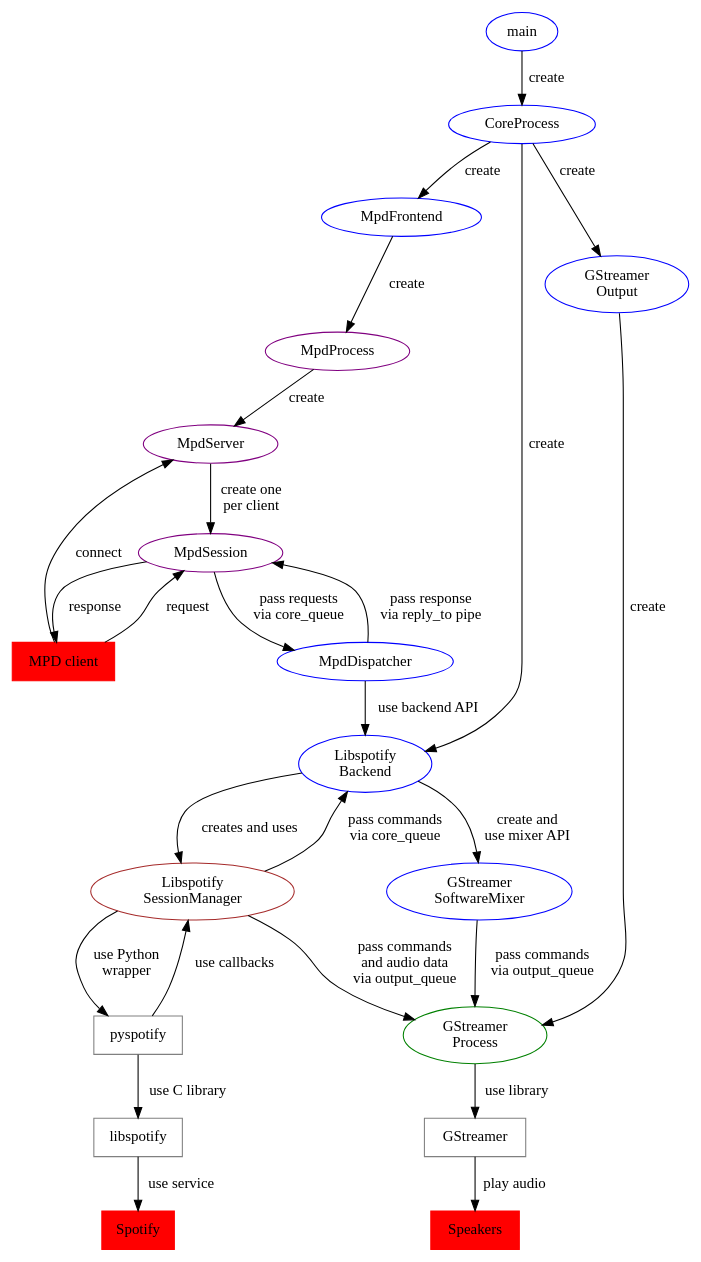
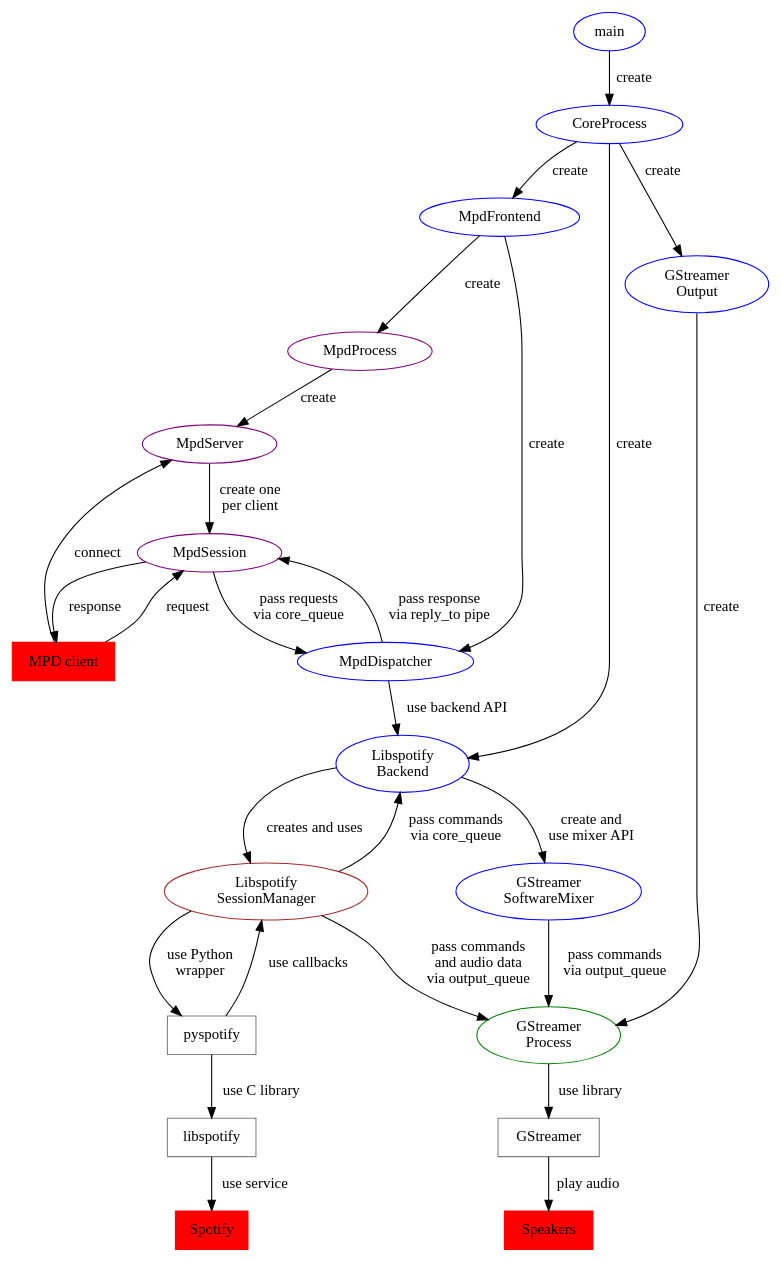
The diagram in docs/development/internals.rst (mopidy/mopidy), drawn with Graphviz before and after one commit.

Commit message:
Graph: MpdFrontend creates MpdDispatcher

```diff
--- a/docs/development/internals.rst
+++ b/docs/development/internals.rst
@@ -29,65 +29,66 @@
 .. digraph:: class_instantiation_and_usage
 
     "main" [ color="blue" ]
     "CoreProcess" [ color="blue" ]
 
     # Frontend
     "MPD client" [ color="red", style="filled", shape="box" ]
     "MpdFrontend" [ color="blue" ]
     "MpdProcess" [ color="purple" ]
     "MpdServer" [ color="purple" ]
     "MpdSession" [ color="purple" ]
     "MpdDispatcher" [ color="blue" ]
 
     # Backend
     "Libspotify\nBackend" [ color="blue" ]
     "Libspotify\nSessionManager" [ color="brown" ]
     "pyspotify" [ color="gray", shape="box" ]
     "libspotify" [ color="gray", shape="box" ]
     "Spotify" [ color="red", style="filled", shape="box" ]
 
     # Output/mixer
     "GStreamer\nOutput" [ color="blue" ]
     "GStreamer\nSoftwareMixer" [ color="blue" ]
     "GStreamer\nProcess" [ color="green" ]
     "GStreamer" [ color="gray", shape="box" ]
     "Speakers" [ color="red", style="filled", shape="box" ]
 
     "main" -> "CoreProcess" [ label="create" ]
 
     # Frontend
     "CoreProcess" -> "MpdFrontend" [ label="create" ]
     "MpdFrontend" -> "MpdProcess" [ label="create" ]
+    "MpdFrontend" -> "MpdDispatcher" [ label="create" ]
     "MpdProcess" -> "MpdServer" [ label="create" ]
     "MpdServer" -> "MpdSession" [ label="create one\nper client" ]
     "MpdSession" -> "MpdDispatcher" [
         label="pass requests\nvia core_queue" ]
     "MpdDispatcher" -> "MpdSession" [
         label="pass response\nvia reply_to pipe" ]
     "MpdDispatcher" -> "Libspotify\nBackend" [ label="use backend API" ]
     "MPD client" -> "MpdServer" [ label="connect" ]
     "MPD client" -> "MpdSession" [ label="request" ]
     "MpdSession" -> "MPD client" [ label="response" ]
 
     # Backend
     "CoreProcess" -> "Libspotify\nBackend" [ label="create" ]
     "Libspotify\nBackend" -> "Libspotify\nSessionManager" [
         label="creates and uses" ]
     "Libspotify\nSessionManager" -> "Libspotify\nBackend" [
         label="pass commands\nvia core_queue" ]
     "Libspotify\nSessionManager" -> "pyspotify" [ label="use Python\nwrapper" ]
     "pyspotify" -> "Libspotify\nSessionManager" [ label="use callbacks" ]
     "pyspotify" -> "libspotify" [ label="use C library" ]
     "libspotify" -> "Spotify" [ label="use service" ]
     "Libspotify\nSessionManager" -> "GStreamer\nProcess" [
         label="pass commands\nand audio data\nvia output_queue" ]
 
     # Output/mixer
     "Libspotify\nBackend" -> "GStreamer\nSoftwareMixer" [
         label="create and\nuse mixer API" ]
     "GStreamer\nSoftwareMixer" -> "GStreamer\nProcess" [
         label="pass commands\nvia output_queue" ]
     "CoreProcess" -> "GStreamer\nOutput" [ label="create" ]
     "GStreamer\nOutput" -> "GStreamer\nProcess" [ label="create" ]
     "GStreamer\nProcess" -> "GStreamer" [ label="use library" ]
     "GStreamer" -> "Speakers" [ label="play audio" ]
```
